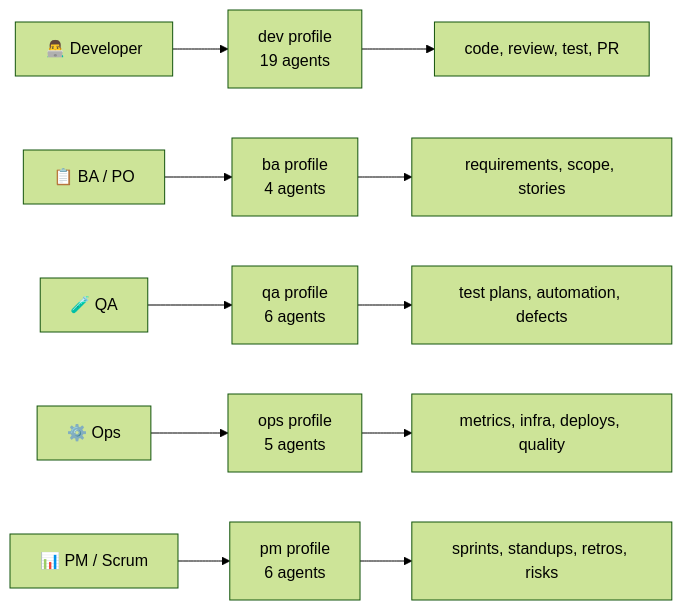
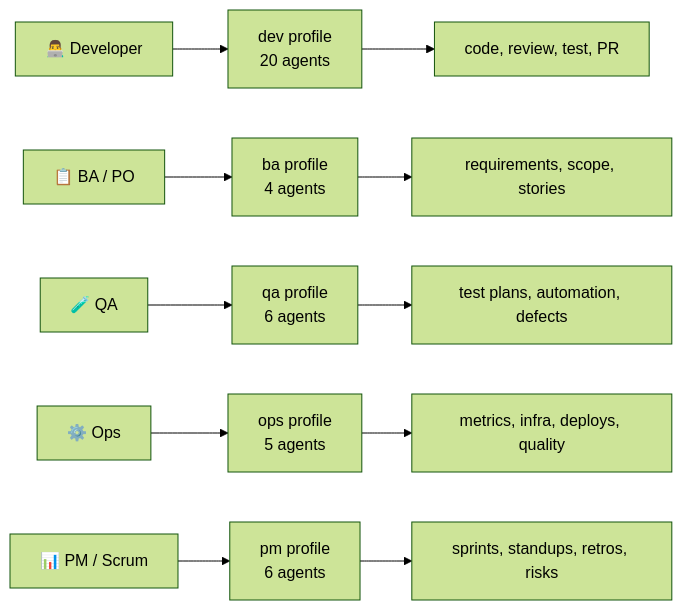
One commit to rsanchez-disney/steer-runtime changed the first of 4 diagrams in docs/PROJECT_OVERVIEW.md. Above: the diagram before and after it, drawn with Mermaid (forest theme). The commit also changed other lines of this file and 7 other files, not shown here.

````diff
--- a/docs/PROJECT_OVERVIEW.md
+++ b/docs/PROJECT_OVERVIEW.md
@@ -13,17 +13,17 @@
 ```mermaid
 graph LR
-    dev["👨‍💻 Developer"] --> devp["dev profile<br/>19 agents"]
+    dev["👨‍💻 Developer"] --> devp["dev profile<br/>20 agents"]
     devp --> devt["code, review, test, PR"]
 
     ba["📋 BA / PO"] --> bap["ba profile<br/>4 agents"]
     bap --> bat["requirements, scope, stories"]
 
     qa["🧪 QA"] --> qap["qa profile<br/>6 agents"]
     qap --> qat["test plans, automation, defects"]
 
     ops["⚙️ Ops"] --> opsp["ops profile<br/>5 agents"]
     opsp --> opst["metrics, infra, deploys, quality"]
 
     pm["📊 PM / Scrum"] --> pmp["pm profile<br/>6 agents"]
     pmp --> pmt["sprints, standups, retros, risks"]
 ```
````
